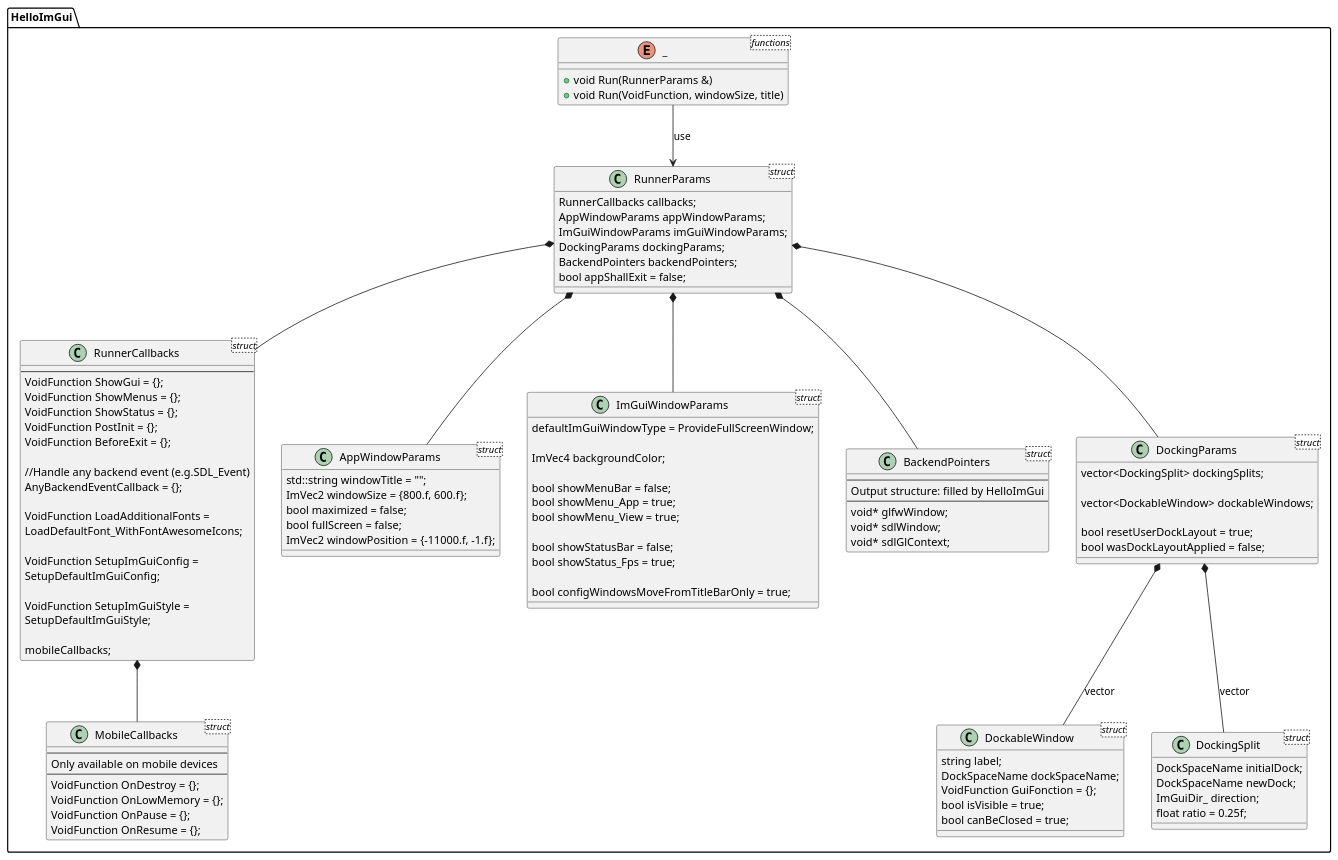
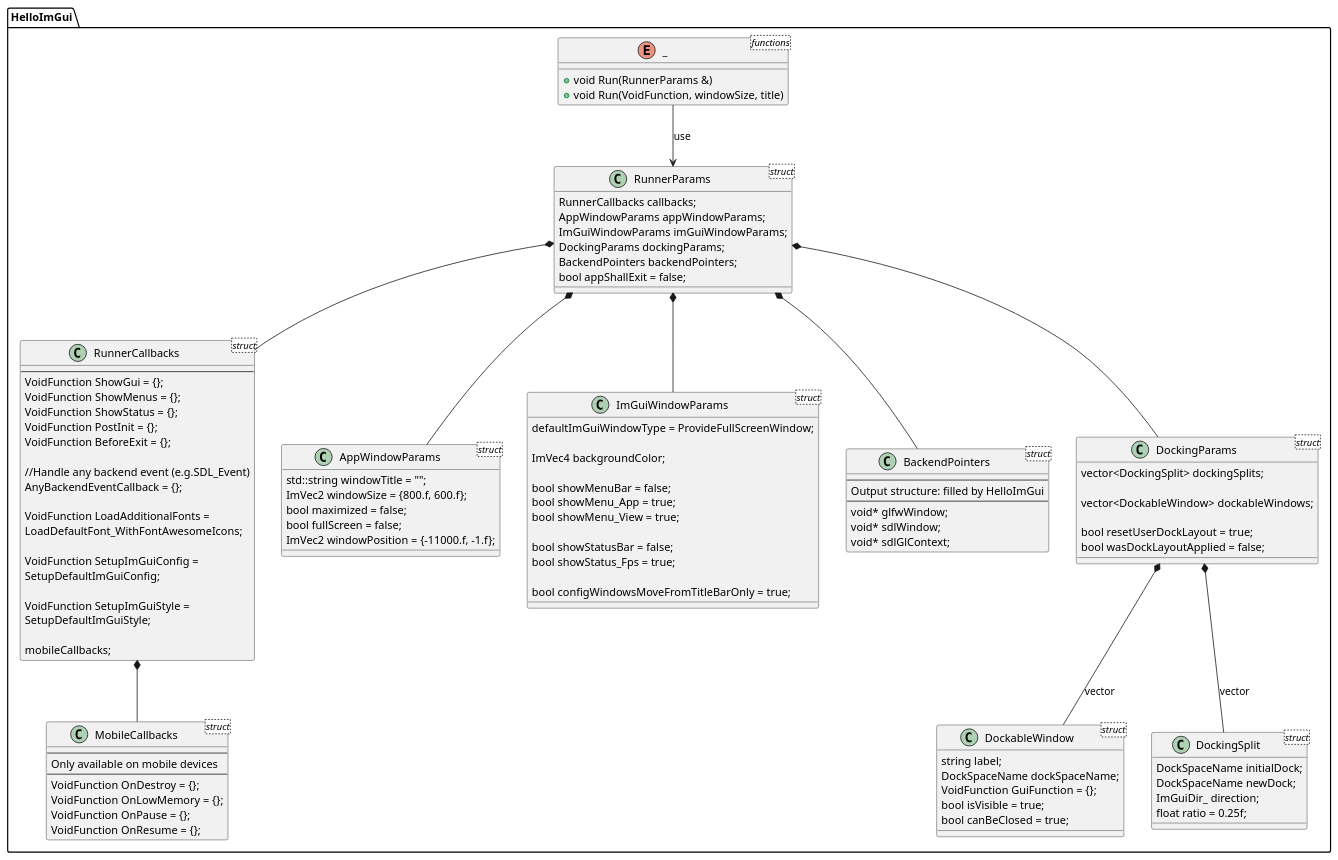
One commit to pthom/hello_imgui changed the diagram in src/hello_imgui/doc_src/hello_imgui_diagram.puml. Above: the diagram before and after it, drawn with PlantUML. The commit also changed 5 other files, not shown here.

Commit message:
Correct typo / DockableWindow::GuiFonction -> GuiFunction

```diff
--- a/src/hello_imgui/doc_src/hello_imgui_diagram.puml
+++ b/src/hello_imgui/doc_src/hello_imgui_diagram.puml
@@ -1,120 +1,120 @@
 @startuml
 namespace HelloImGui {
 
 enum _ <functions>{
     + void Run(RunnerParams &)
     + void Run(VoidFunction, windowSize, title)
 }
 
 _ --> RunnerParams: use
 
 class RunnerParams <struct> {
     RunnerCallbacks callbacks;
     AppWindowParams appWindowParams;
     ImGuiWindowParams imGuiWindowParams;
     DockingParams dockingParams;
     BackendPointers backendPointers;
     bool appShallExit = false;
 }
 
 class RunnerCallbacks <struct> {
     ---
     VoidFunction ShowGui = {};
     VoidFunction ShowMenus = {};
     VoidFunction ShowStatus = {};
     VoidFunction PostInit = {};
     VoidFunction BeforeExit = {};
 
     //Handle any backend event (e.g.SDL_Event)
     AnyBackendEventCallback = {};
 
     VoidFunction LoadAdditionalFonts =
        LoadDefaultFont_WithFontAwesomeIcons;
 
     VoidFunction SetupImGuiConfig = 
       SetupDefaultImGuiConfig;
 
     VoidFunction SetupImGuiStyle = 
       SetupDefaultImGuiStyle;
 
     mobileCallbacks;
 }
 
 class MobileCallbacks <struct>{
     ---
     Only available on mobile devices
     ---
     VoidFunction OnDestroy = {};
     VoidFunction OnLowMemory = {};
     VoidFunction OnPause = {};
     VoidFunction OnResume = {};
 }
 RunnerCallbacks *-- MobileCallbacks
 
 class AppWindowParams <struct> {
     std::string windowTitle = "";
     ImVec2 windowSize = {800.f, 600.f};
     bool maximized = false;
     bool fullScreen = false;
     ImVec2 windowPosition = {-11000.f, -1.f};
 }
 
 class ImGuiWindowParams <struct> {
     defaultImGuiWindowType = ProvideFullScreenWindow;
 
     ImVec4 backgroundColor;
 
     bool showMenuBar = false;
     bool showMenu_App = true;
     bool showMenu_View = true;
 
     bool showStatusBar = false;
     bool showStatus_Fps = true;
 
     bool configWindowsMoveFromTitleBarOnly = true;
 }
 
 class BackendPointers <struct> {
   ---
   Output structure: filled by HelloImGui
   ---
   void* glfwWindow;
   void* sdlWindow;
   void* sdlGlContext;
 }
 
 class DockingParams <struct> {
     vector<DockingSplit> dockingSplits;
 
     vector<DockableWindow> dockableWindows;
 
     bool resetUserDockLayout = true;
     bool wasDockLayoutApplied = false;
 }
 
 class DockableWindow <struct> {
     string label;
     DockSpaceName dockSpaceName;
-    VoidFunction GuiFonction = {};
+    VoidFunction GuiFunction = {};
     bool isVisible = true;
     bool canBeClosed = true;
 }
 
 class DockingSplit <struct> {
     DockSpaceName initialDock;
     DockSpaceName newDock;
     ImGuiDir_ direction;
     float ratio = 0.25f;
 }
 
 
 RunnerParams *-- RunnerCallbacks
 RunnerParams *-- AppWindowParams
 RunnerParams *-- ImGuiWindowParams
 RunnerParams *-- BackendPointers
 RunnerParams *-- DockingParams
 DockingParams *-- DockableWindow : vector
 DockingParams *-- DockingSplit : vector
 
 }
 @enduml
```
